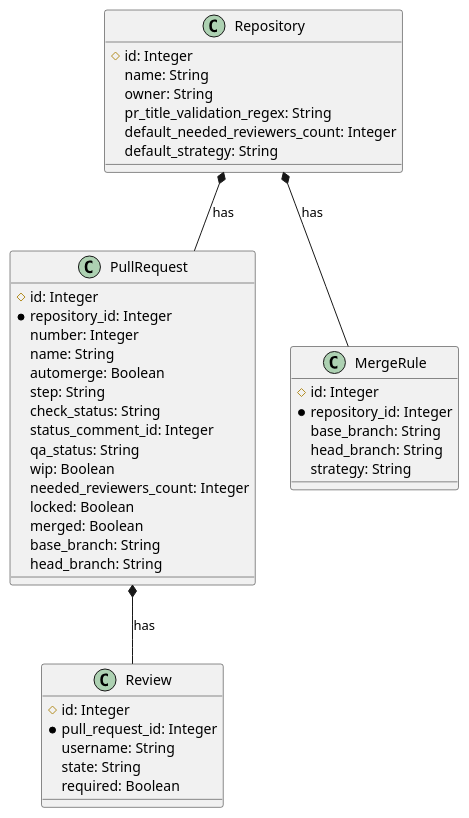
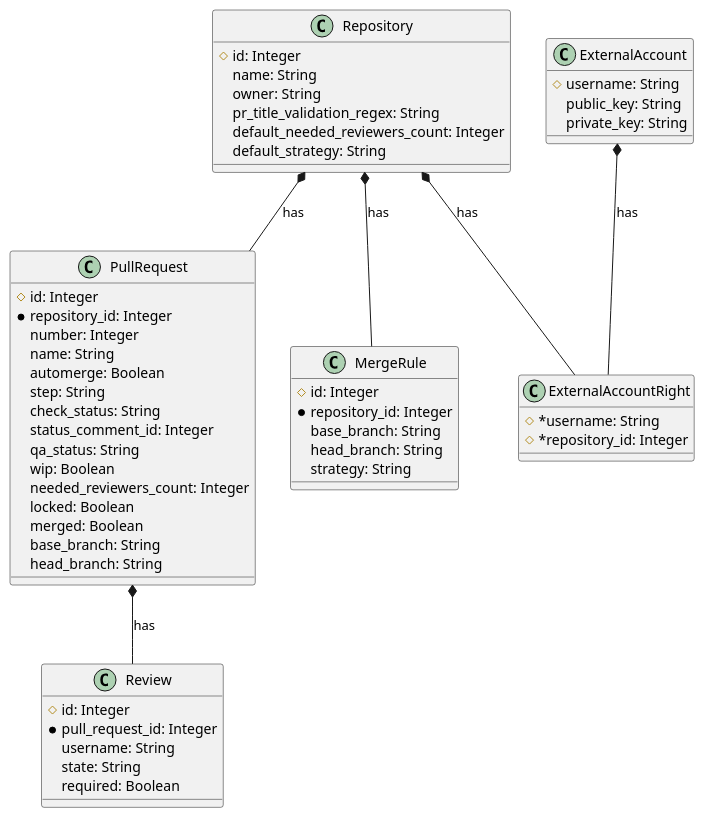
One commit to sharingcloud/github-scbot changed the diagram in docs/schema.plantuml. Above: the diagram before and after it, drawn with PlantUML. The commit also changed 20 other files, not shown here.

```diff
--- a/docs/schema.plantuml
+++ b/docs/schema.plantuml
@@ -1,45 +1,57 @@
 @startuml Schema
 class Repository {
     #id: Integer
     name: String
     owner: String
     pr_title_validation_regex: String
     default_needed_reviewers_count: Integer
     default_strategy: String
 }
 class PullRequest {
     #id: Integer
     *repository_id: Integer
     number: Integer
     name: String
     automerge: Boolean
     step: String
     check_status: String
     status_comment_id: Integer
     qa_status: String
     wip: Boolean
     needed_reviewers_count: Integer
     locked: Boolean
     merged: Boolean
     base_branch: String
     head_branch: String
 }
 class Review {
     #id: Integer
     *pull_request_id: Integer
     username: String
     state: String
     required: Boolean
 }
 class MergeRule {
     #id: Integer
     *repository_id: Integer
     base_branch: String
     head_branch: String
     strategy: String
 }
 
+class ExternalAccount {
+    #username: String
+    public_key: String
+    private_key: String
+}
+class ExternalAccountRight {
+    #*username: String
+    #*repository_id: Integer
+}
+
 Repository *-- PullRequest : has
 Repository *-- MergeRule : has
 PullRequest *-- Review : has
+ExternalAccount *-- ExternalAccountRight : has
+Repository *-- ExternalAccountRight : has
 @enduml
```
